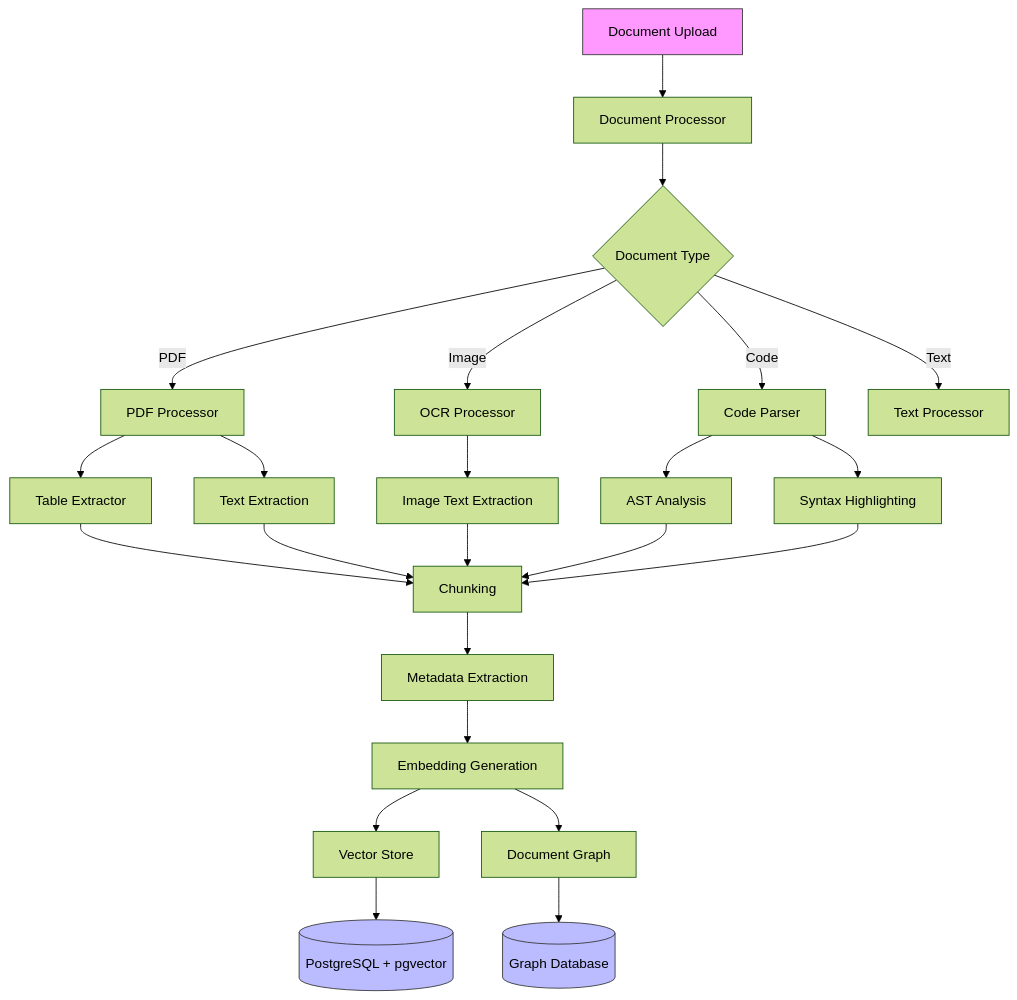
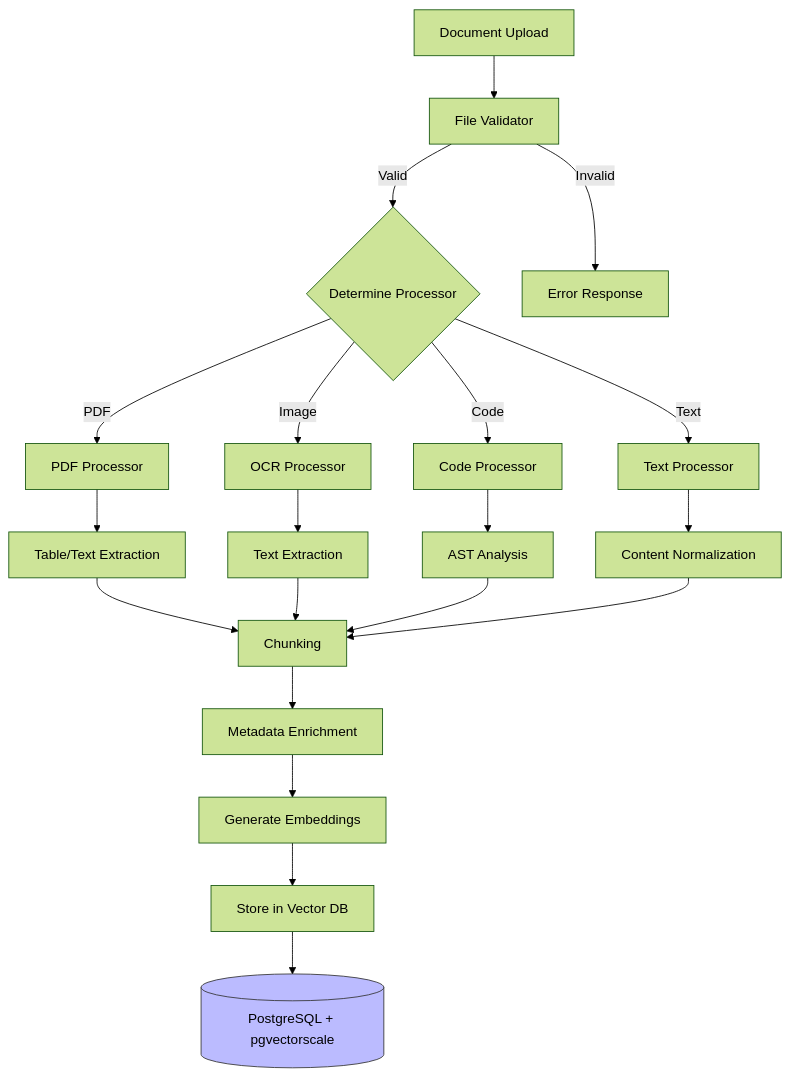
Before and after one commit to terilios/file-upload-embeddings: the first of 2 diagrams in README.md, drawn with Mermaid (forest theme). The commit also changed other lines of this file, not shown here.

````diff
--- a/README.md
+++ b/README.md
@@ -10,33 +13,28 @@
 ```mermaid
 graph TD
-    A[Document Upload] --> B[Document Processor]
-    B --> C{Document Type}
-    C -->|PDF| D[PDF Processor]
-    C -->|Image| E[OCR Processor]
-    C -->|Code| F[Code Parser]
-    C -->|Text| G[Text Processor]
-    
-    D --> H[Table Extractor]
-    D --> I[Text Extraction]
-    E --> J[Image Text Extraction]
-    F --> K[AST Analysis]
-    F --> L[Syntax Highlighting]
-    
-    H --> M[Chunking]
-    I --> M
+    A[Document Upload] --> B[File Validator]
+    B -->|Valid| C{Determine Processor}
+    B -->|Invalid| D[Error Response]
+
+    C -->|PDF| E[PDF Processor]
+    C -->|Image| F[OCR Processor]
+    C -->|Code| G[Code Processor]
+    C -->|Text| H[Text Processor]
+
+    E --> I[Table/Text Extraction]
+    F --> J[Text Extraction]
+    G --> K[AST Analysis]
+    H --> L[Content Normalization]
+
+    I --> M[Chunking]
     J --> M
     K --> M
     L --> M
-    
-    M --> N[Metadata Extraction]
-    N --> O[Embedding Generation]
-    O --> P[Vector Store]
-    O --> Q[Document Graph]
-    
-    P --> R[(PostgreSQL + pgvector)]
-    Q --> S[(Graph Database)]
-    
-    style A fill:#f9f,stroke:#333
-    style R fill:#bbf,stroke:#333
-    style S fill:#bbf,stroke:#333
+
+    M --> N[Metadata Enrichment]
+    N --> O[Generate Embeddings]
+    O --> P[Store in Vector DB]
+    P --> Q[(PostgreSQL + pgvectorscale)]
+
+    style Q fill:#bbf,stroke:#333
 ```
````
